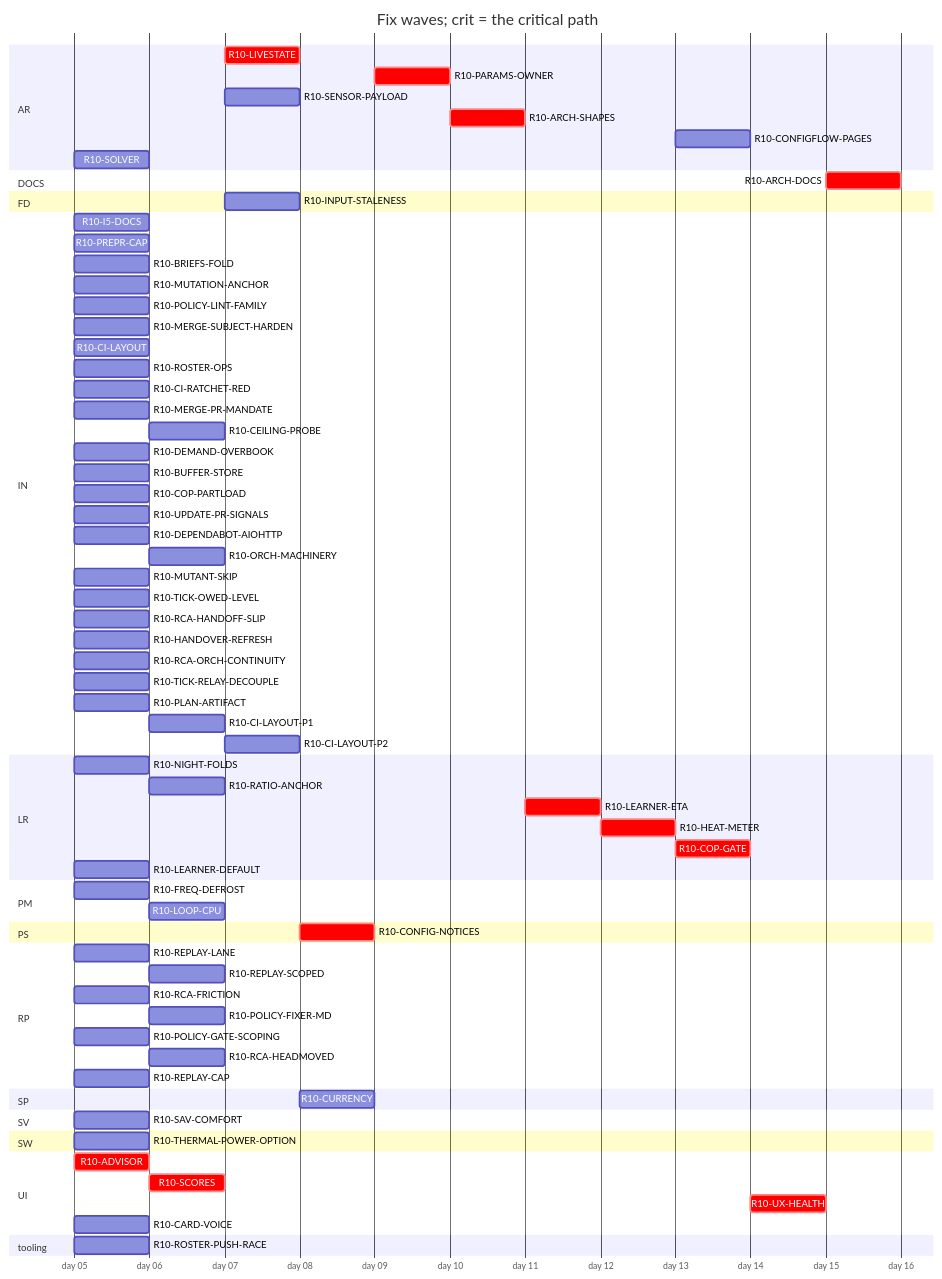
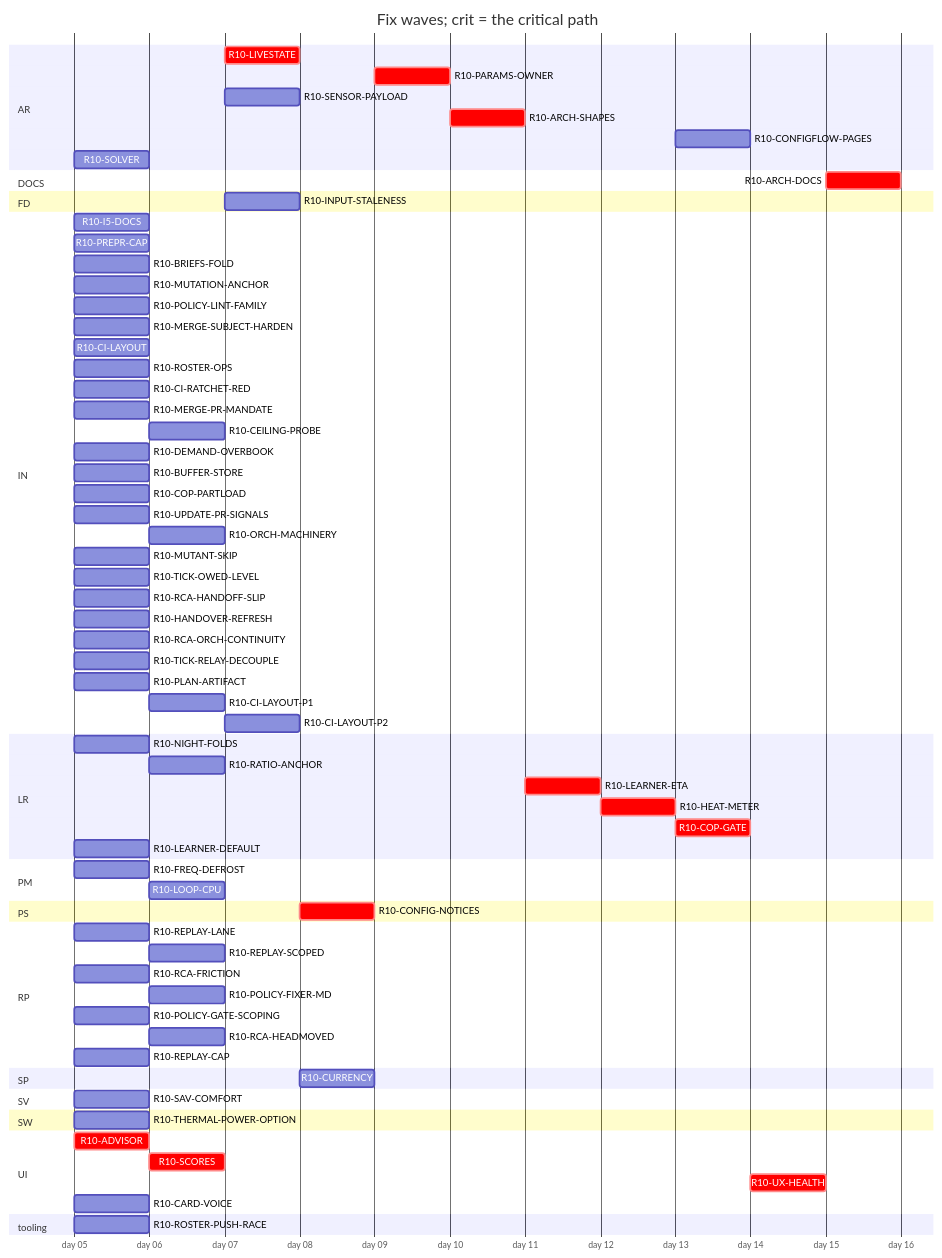
Before and after one commit to tvofi/heatpump_optimizer: the diagram in handoff/round10/state/PLAN-TABLE.md, drawn with Mermaid. The commit also changed other lines of this file and 2 other files, not shown here.

````diff
--- a/handoff/round10/state/PLAN-TABLE.md
+++ b/handoff/round10/state/PLAN-TABLE.md
@@ -26,77 +26,76 @@
 ```mermaid
 gantt
   title Fix waves; crit = the critical path
   dateFormat YYYY-MM-DD
   axisFormat day %d
   section AR
     R10-LIVESTATE :crit, r10LIVESTATE, after r10SCORES, 1d
     R10-PARAMS-OWNER :crit, r10PARAMSOWNER, after r10CONFIGNOTICES, 1d
     R10-SENSOR-PAYLOAD :r10SENSORPAYLOAD, after r10SCORES, 1d
     R10-ARCH-SHAPES :crit, r10ARCHSHAPES, after r10PARAMSOWNER r10SENSORPAYLOAD r10FREQDEFROST, 1d
     R10-CONFIGFLOW-PAGES :r10CONFIGFLOWPAGES, after r10HEATMETER, 1d
     R10-SOLVER :r10SOLVER, 2026-01-05, 1d
   section DOCS
     R10-ARCH-DOCS :crit, r10ARCHDOCS, after r10NIGHTFOLDS r10RATIOANCHOR r10INPUTSTALENESS r10CURRENCY r10FREQDEFROST r10LOOPCPU r10ADVISOR r10SCORES r10LIVESTATE r10CONFIGNOTICES r10PARAMSOWNER r10SENSORPAYLOAD r10ARCHSHAPES r10LEARNERETA r10HEATMETER r10COPGATE r10UXHEALTH r10CONFIGFLOWPAGES r10SOLVER r10I5DOCS r10BRIEFSFOLD r10REPLAYLANE r10REPLAYSCOPED, 1d
   section FD
     R10-INPUT-STALENESS :r10INPUTSTALENESS, after r10RATIOANCHOR, 1d
   section IN
     R10-I5-DOCS :r10I5DOCS, 2026-01-05, 1d
     R10-PREPR-CAP :r10PREPRCAP, 2026-01-05, 1d
     R10-BRIEFS-FOLD :r10BRIEFSFOLD, 2026-01-05, 1d
     R10-MUTATION-ANCHOR :r10MUTATIONANCHOR, 2026-01-05, 1d
     R10-POLICY-LINT-FAMILY :r10POLICYLINTFAMILY, 2026-01-05, 1d
     R10-MERGE-SUBJECT-HARDEN :r10MERGESUBJECTHARDEN, 2026-01-05, 1d
     R10-CI-LAYOUT :r10CILAYOUT, 2026-01-05, 1d
     R10-ROSTER-OPS :r10ROSTEROPS, 2026-01-05, 1d
     R10-CI-RATCHET-RED :r10CIRATCHETRED, 2026-01-05, 1d
     R10-MERGE-PR-MANDATE :r10MERGEPRMANDATE, 2026-01-05, 1d
     R10-CEILING-PROBE :r10CEILINGPROBE, after r10CILAYOUT r10NIGHTFOLDS, 1d
     R10-DEMAND-OVERBOOK :r10DEMANDOVERBOOK, 2026-01-05, 1d
     R10-BUFFER-STORE :r10BUFFERSTORE, 2026-01-05, 1d
     R10-COP-PARTLOAD :r10COPPARTLOAD, 2026-01-05, 1d
     R10-UPDATE-PR-SIGNALS :r10UPDATEPRSIGNALS, 2026-01-05, 1d
-    R10-DEPENDABOT-AIOHTTP :r10DEPENDABOTAIOHTTP, 2026-01-05, 1d
     R10-ORCH-MACHINERY :r10ORCHMACHINERY, after r10ROSTEROPS r10CILAYOUT, 1d
     R10-MUTANT-SKIP :r10MUTANTSKIP, 2026-01-05, 1d
     R10-TICK-OWED-LEVEL :r10TICKOWEDLEVEL, 2026-01-05, 1d
     R10-RCA-HANDOFF-SLIP :r10RCAHANDOFFSLIP, 2026-01-05, 1d
     R10-HANDOVER-REFRESH :r10HANDOVERREFRESH, 2026-01-05, 1d
     R10-RCA-ORCH-CONTINUITY :r10RCAORCHCONTINUITY, 2026-01-05, 1d
     R10-TICK-RELAY-DECOUPLE :r10TICKRELAYDECOUPLE, 2026-01-05, 1d
     R10-PLAN-ARTIFACT :r10PLANARTIFACT, 2026-01-05, 1d
     R10-CI-LAYOUT-P1 :r10CILAYOUTP1, after r10CILAYOUT, 1d
     R10-CI-LAYOUT-P2 :r10CILAYOUTP2, after r10CILAYOUTP1, 1d
   section LR
     R10-NIGHT-FOLDS :r10NIGHTFOLDS, 2026-01-05, 1d
     R10-RATIO-ANCHOR :r10RATIOANCHOR, after r10NIGHTFOLDS, 1d
     R10-LEARNER-ETA :crit, r10LEARNERETA, after r10ARCHSHAPES, 1d
     R10-HEAT-METER :crit, r10HEATMETER, after r10LEARNERETA r10INPUTSTALENESS r10RATIOANCHOR, 1d
     R10-COP-GATE :crit, r10COPGATE, after r10HEATMETER r10SENSORPAYLOAD, 1d
     R10-LEARNER-DEFAULT :r10LEARNERDEFAULT, 2026-01-05, 1d
   section PM
     R10-FREQ-DEFROST :r10FREQDEFROST, 2026-01-05, 1d
     R10-LOOP-CPU :r10LOOPCPU, after r10FREQDEFROST, 1d
   section PS
     R10-CONFIG-NOTICES :crit, r10CONFIGNOTICES, after r10LIVESTATE, 1d
   section RP
     R10-REPLAY-LANE :r10REPLAYLANE, 2026-01-05, 1d
     R10-REPLAY-SCOPED :r10REPLAYSCOPED, after r10REPLAYLANE, 1d
     R10-RCA-FRICTION :r10RCAFRICTION, 2026-01-05, 1d
     R10-POLICY-FIXER-MD :r10POLICYFIXERMD, after r10RCAFRICTION r10BRIEFSFOLD, 1d
     R10-POLICY-GATE-SCOPING :r10POLICYGATESCOPING, 2026-01-05, 1d
     R10-RCA-HEADMOVED :r10RCAHEADMOVED, after r10RCAFRICTION, 1d
     R10-REPLAY-CAP :r10REPLAYCAP, 2026-01-05, 1d
   section SP
     R10-CURRENCY :r10CURRENCY, after r10INPUTSTALENESS, 1d
   section SV
     R10-SAV-COMFORT :r10SAVCOMFORT, 2026-01-05, 1d
   section SW
     R10-THERMAL-POWER-OPTION :r10THERMALPOWEROPTION, 2026-01-05, 1d
   section UI
     R10-ADVISOR :crit, r10ADVISOR, 2026-01-05, 1d
     R10-SCORES :crit, r10SCORES, after r10ADVISOR, 1d
     R10-UX-HEALTH :crit, r10UXHEALTH, after r10SCORES r10COPGATE r10HEATMETER, 1d
     R10-CARD-VOICE :r10CARDVOICE, 2026-01-05, 1d
   section tooling
     R10-ROSTER-PUSH-RACE :r10ROSTERPUSHRACE, 2026-01-05, 1d
 ```
````
